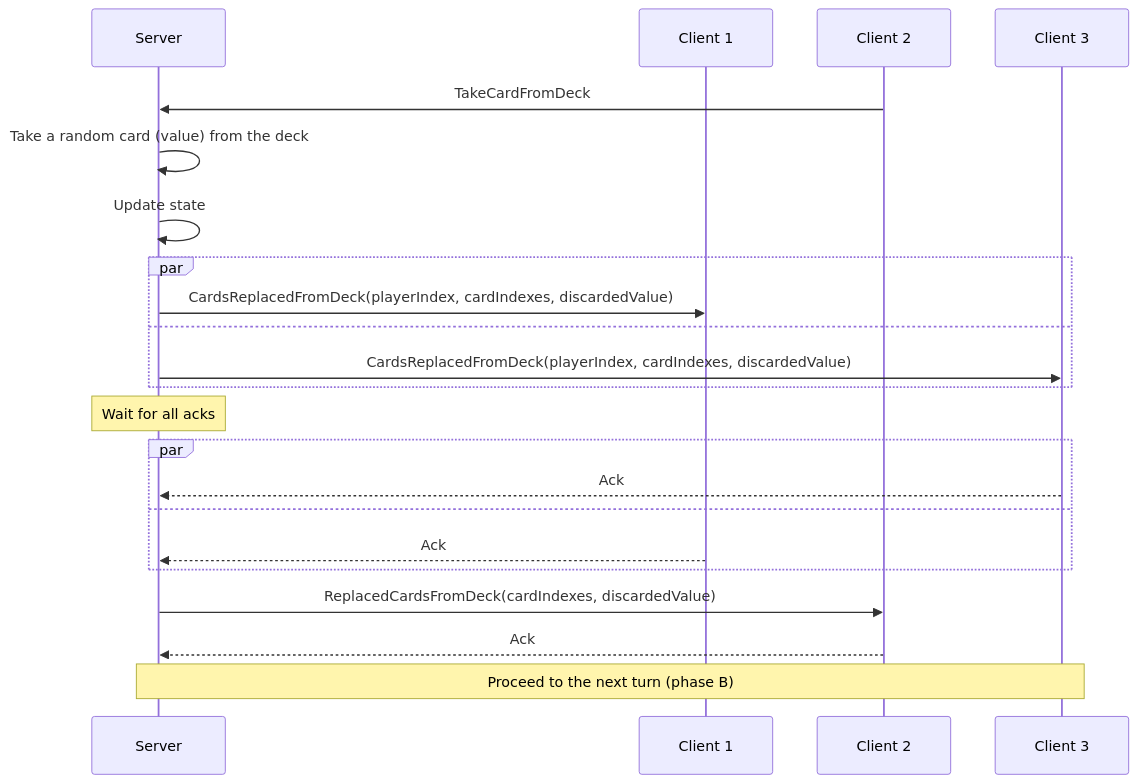
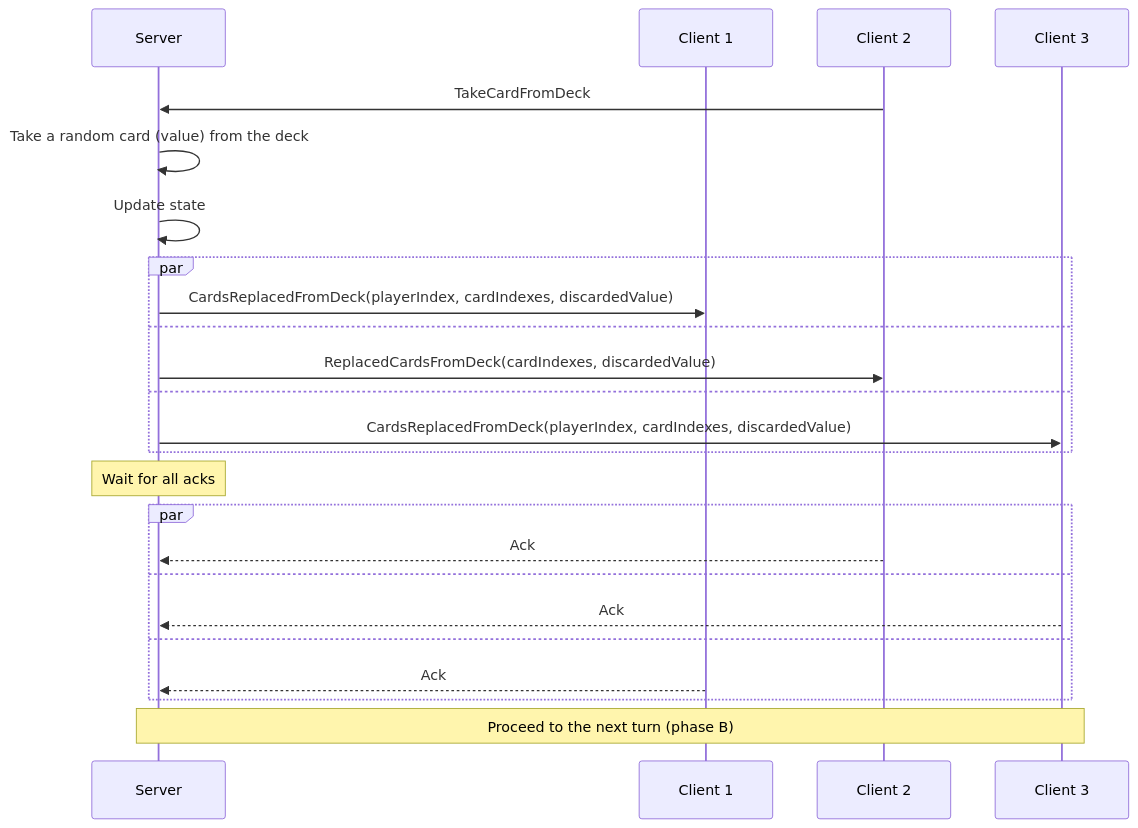
Before and after one commit to roman-zubarevich/another: diagram 14 of 15 in README.md, drawn with Mermaid. The commit also changed other lines of this file, not shown here.

Commit message:
adjust readme

````diff
--- a/README.md
+++ b/README.md
@@ -436,24 +436,26 @@
 ```mermaid
 sequenceDiagram
     participant S as Server
     participant C1 as Client 1
     participant C2 as Client 2
     participant C3 as Client 3
     C2->>S: TakeCardFromDeck
     S->>S: Take a random card (value) from the deck
     S->>S: Update state
     par
         S->>C1: CardsReplacedFromDeck(playerIndex, cardIndexes, discardedValue)
     and
+        S->>C2: ReplacedCardsFromDeck(cardIndexes, discardedValue)
+    and
         S->>C3: CardsReplacedFromDeck(playerIndex, cardIndexes, discardedValue)
     end
     Note over S: Wait for all acks
     par
+        C2-->>S: Ack
+    and
         C3-->>S: Ack
     and
         C1-->>S: Ack
     end
-    S->>C2: ReplacedCardsFromDeck(cardIndexes, discardedValue)
-    C2-->>S: Ack
     Note over S,C3: Proceed to the next turn (phase B)
 ```
````
